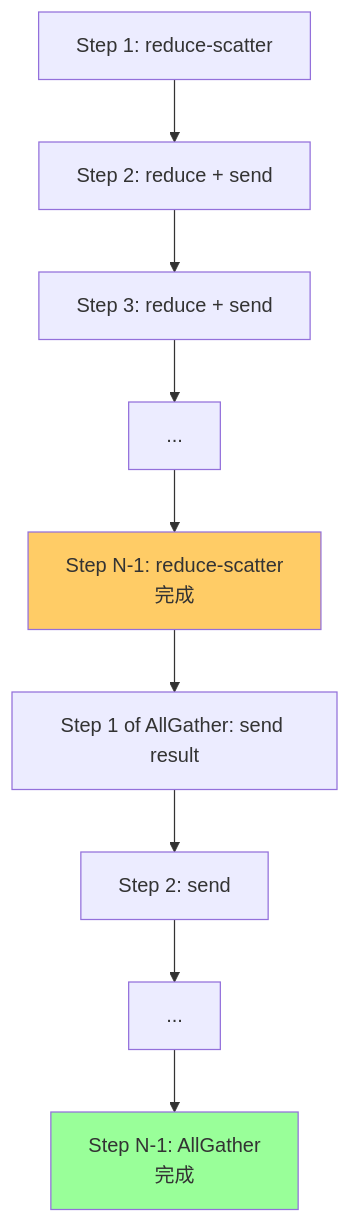
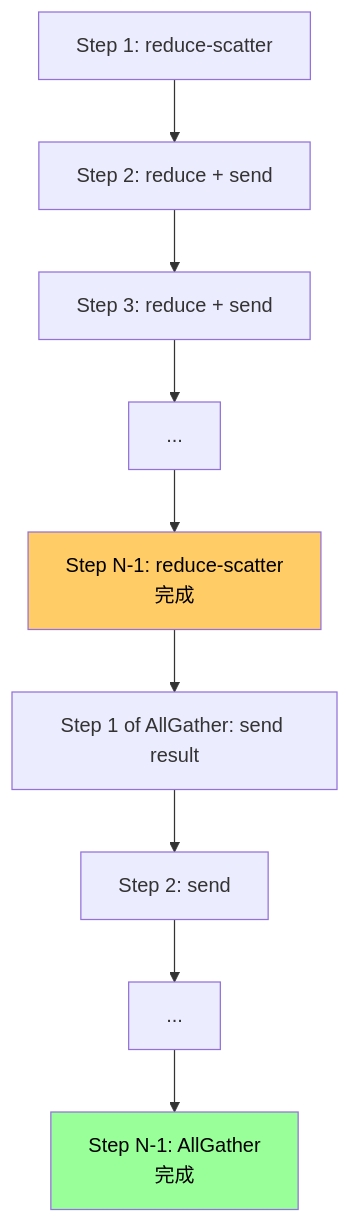
One commit to lkad/lkad.github.io changed the third of 3 diagrams in _posts/2026-09-18-ai-infra-05-nccl.md. Above: the diagram before and after it, drawn with Mermaid. The commit also changed other lines of this file and 13 other files, not shown here.

First line of the commit message:
refactor(mermaid): switch to Chirpy's built-in mermaid pipeline

````diff
--- a/_posts/2026-09-18-ai-infra-05-nccl.md
+++ b/_posts/2026-09-18-ai-infra-05-nccl.md
@@ -147,14 +148,14 @@
 ```mermaid
 flowchart TB
     A1[Step 1: reduce-scatter] --> A2[Step 2: reduce + send]
     A2 --> A3[Step 3: reduce + send]
     A3 --> A4[...]
     A4 --> A5[Step N-1: reduce-scatter<br/>完成]
     A5 --> B1[Step 1 of AllGather: send result]
     B1 --> B2[Step 2: send]
     B2 --> B3[...]
     B3 --> B4[Step N-1: AllGather<br/>完成]
 
-    style A5 fill:#fc6
-    style B4 fill:#9f9
+    style A5 fill:#fc6,color:#000
+    style B4 fill:#9f9,color:#000
 ```
````
